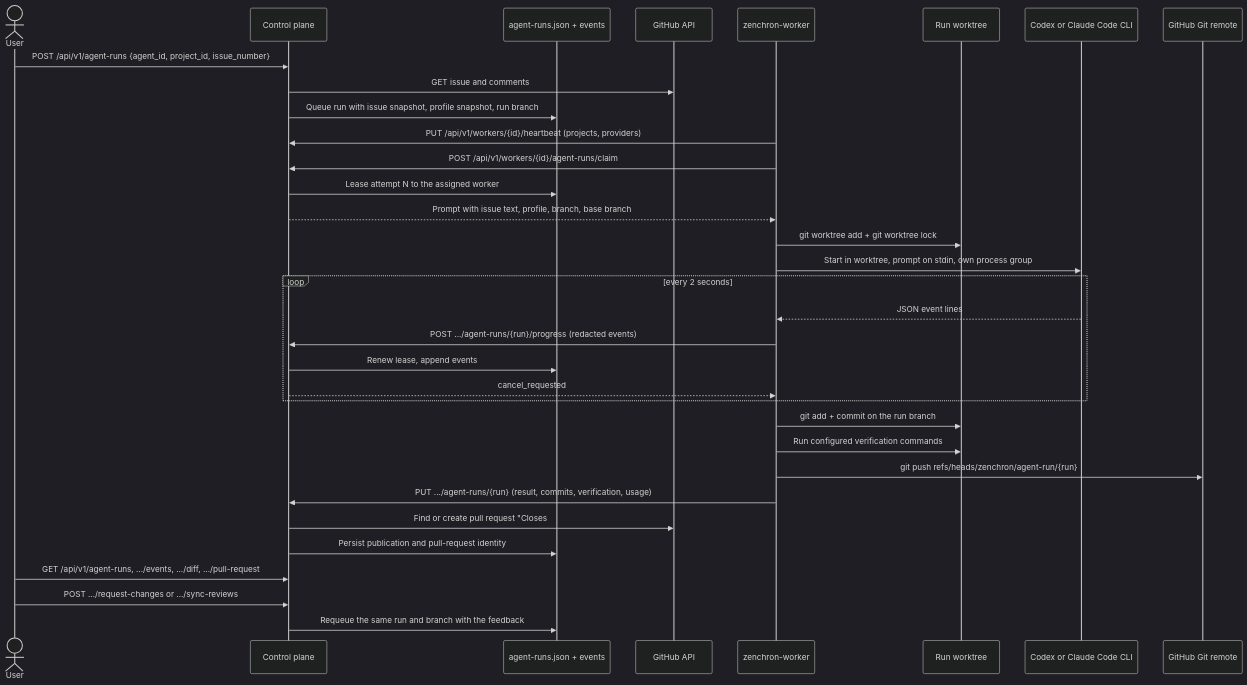
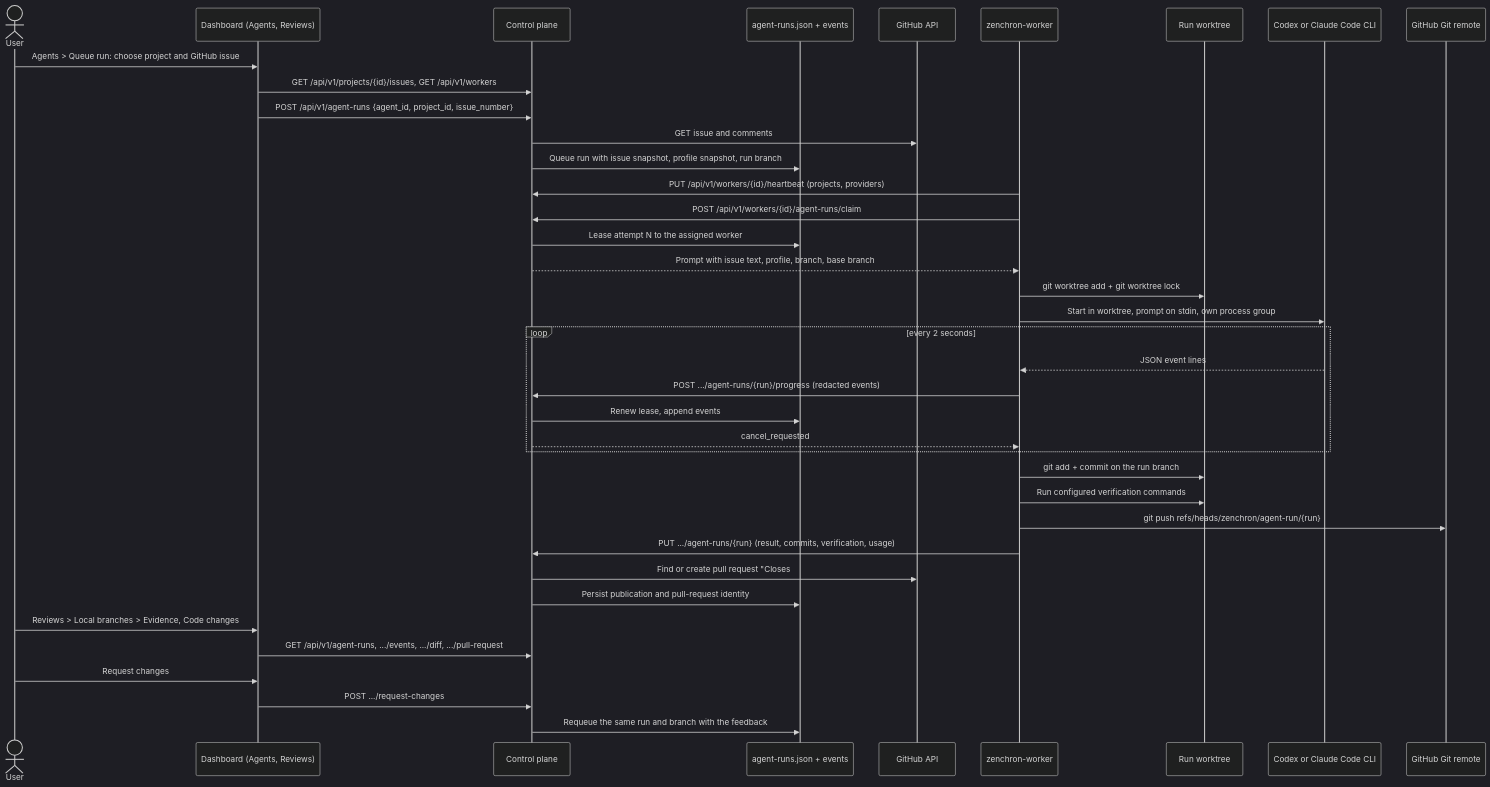
Before and after one commit to bogdaniel/zenchron-engineering-os: the first of 2 diagrams in docs/features/issue-to-pull-request.md, drawn with Mermaid (dark theme). The commit also changed other lines of this file and 2 other files, not shown here.

Commit message:
docs: describe the dashboard path for issue runs and the final-build live evidence

````diff
--- a/docs/features/issue-to-pull-request.md
+++ b/docs/features/issue-to-pull-request.md
@@ -10,35 +10,40 @@
 ```mermaid
 sequenceDiagram
   actor User
+  participant UI as Dashboard (Agents, Reviews)
   participant API as Control plane
   participant Store as agent-runs.json + events
   participant GH as GitHub API
   participant Worker as zenchron-worker
   participant Tree as Run worktree
   participant CLI as Codex or Claude Code CLI
   participant Remote as GitHub Git remote
-  User->>API: POST /api/v1/agent-runs {agent_id, project_id, issue_number}
+  User->>UI: Agents > Queue run: choose project and GitHub issue
+  UI->>API: GET /api/v1/projects/{id}/issues, GET /api/v1/workers
+  UI->>API: POST /api/v1/agent-runs {agent_id, project_id, issue_number}
   API->>GH: GET issue and comments
   API->>Store: Queue run with issue snapshot, profile snapshot, run branch
   Worker->>API: PUT /api/v1/workers/{id}/heartbeat (projects, providers)
   Worker->>API: POST /api/v1/workers/{id}/agent-runs/claim
   API->>Store: Lease attempt N to the assigned worker
   API-->>Worker: Prompt with issue text, profile, branch, base branch
   Worker->>Tree: git worktree add + git worktree lock
   Worker->>CLI: Start in worktree, prompt on stdin, own process group
   loop every 2 seconds
     CLI-->>Worker: JSON event lines
     Worker->>API: POST .../agent-runs/{run}/progress (redacted events)
     API->>Store: Renew lease, append events
     API-->>Worker: cancel_requested
   end
   Worker->>Tree: git add + commit on the run branch
   Worker->>Tree: Run configured verification commands
   Worker->>Remote: git push refs/heads/zenchron/agent-run/{run}
   Worker->>API: PUT .../agent-runs/{run} (result, commits, verification, usage)
   API->>GH: Find or create pull request "Closes #issue"
   API->>Store: Persist publication and pull-request identity
-  User->>API: GET /api/v1/agent-runs, .../events, .../diff, .../pull-request
-  User->>API: POST .../request-changes or .../sync-reviews
+  User->>UI: Reviews > Local branches > Evidence, Code changes
+  UI->>API: GET /api/v1/agent-runs, .../events, .../diff, .../pull-request
+  User->>UI: Request changes
+  UI->>API: POST .../request-changes
   API->>Store: Requeue the same run and branch with the feedback
 ```
````
